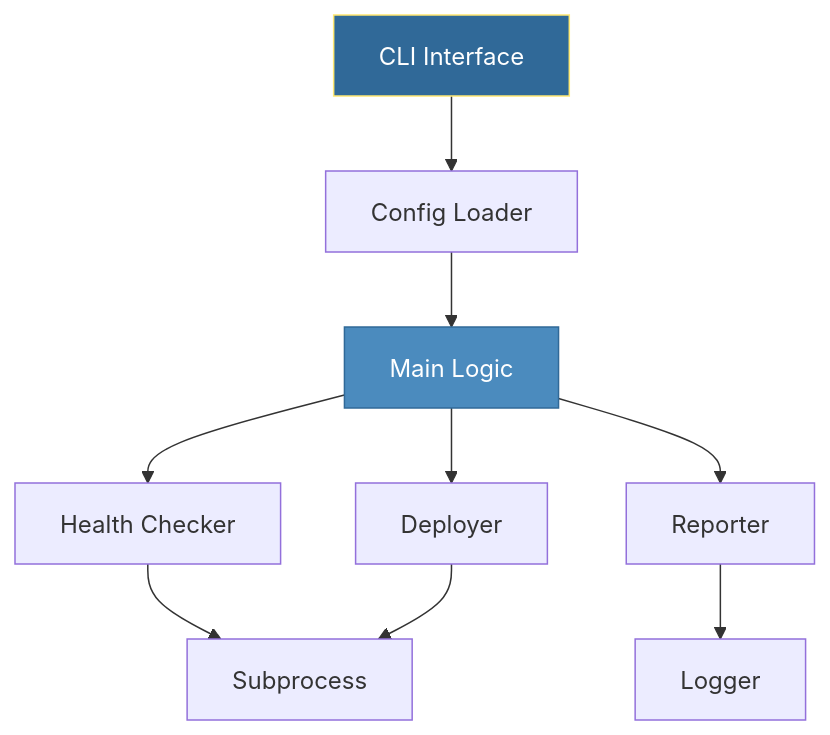
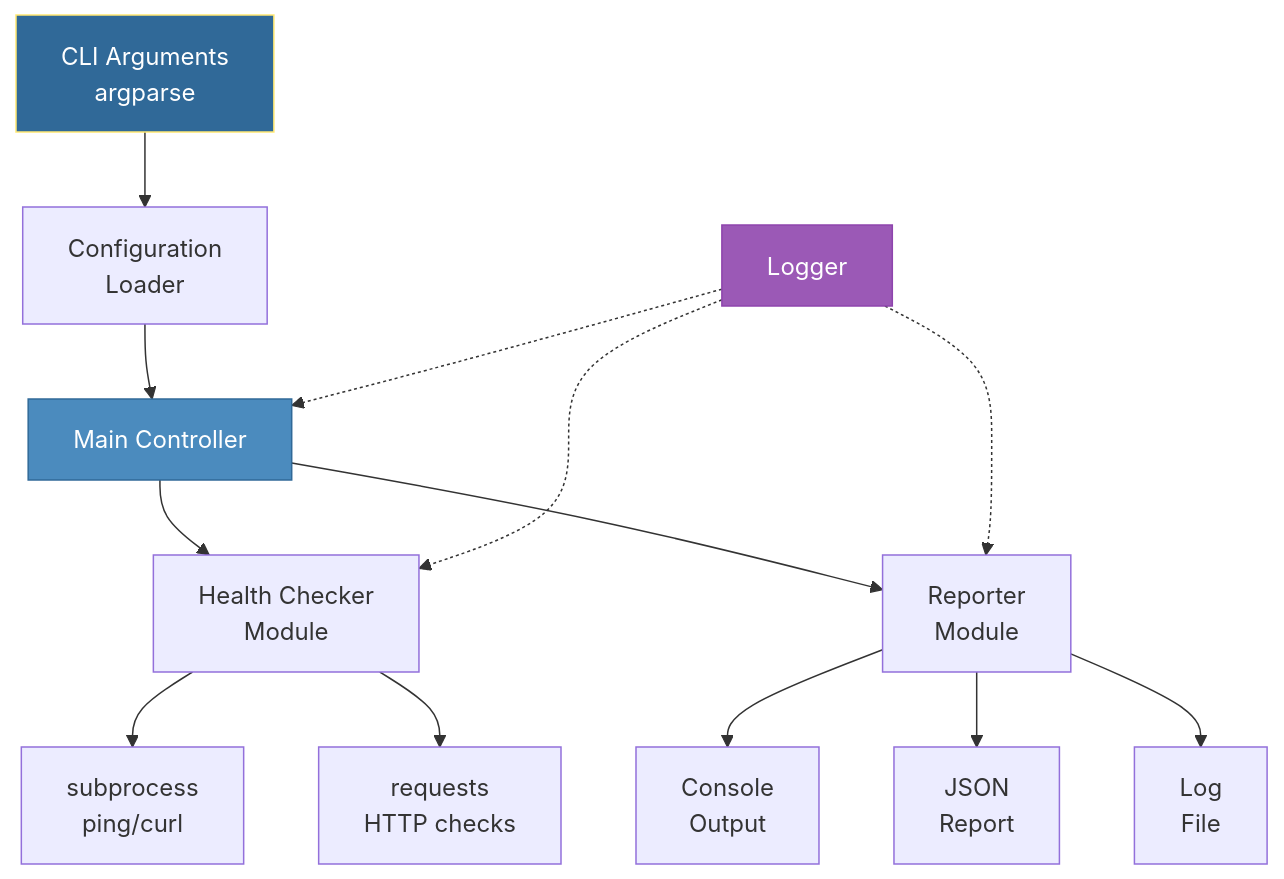
The first of 2 diagrams in 1-Beginner/02-Phase-2/01-Automation/02-Python-Basics/17-First-Automation-Script/README.md (Ganil151/Devops), drawn with Mermaid before and after one commit. The commit also changed other lines of this file and 74 other files, not shown here.

````diff
--- a/1-Beginner/02-Phase-2/01-Automation/02-Python-Basics/17-First-Automation-Script/README.md
+++ b/1-Beginner/02-Phase-2/01-Automation/02-Python-Basics/17-First-Automation-Script/README.md
@@ -18,15 +20,24 @@
 ```mermaid
 flowchart TD
-    A[CLI Interface] --> B[Config Loader]
-    B --> C[Main Logic]
-    C --> D[Health Checker]
-    C --> E[Deployer]
-    C --> F[Reporter]
+    A[CLI Arguments<br>argparse] --> B[Configuration<br>Loader]
     
-    D --> G[Subprocess]
-    E --> G
-    F --> H[Logger]
+    B --> C[Main Controller]
+    
+    C --> D[Health Checker<br>Module]
+    C --> E[Reporter<br>Module]
+    
+    D --> F[subprocess<br>ping/curl]
+    D --> G[requests<br>HTTP checks]
+    
+    E --> H[Console<br>Output]
+    E --> I[JSON<br>Report]
+    E --> J[Log<br>File]
+    
+    K[Logger] -.-> C
+    K -.-> D
+    K -.-> E
     
     style A fill:#306998,stroke:#ffe873,color:#fff
     style C fill:#4b8bbe,stroke:#306998,color:#fff
+    style K fill:#9b59b6,stroke:#8e44ad,color:#fff
 ```
````
